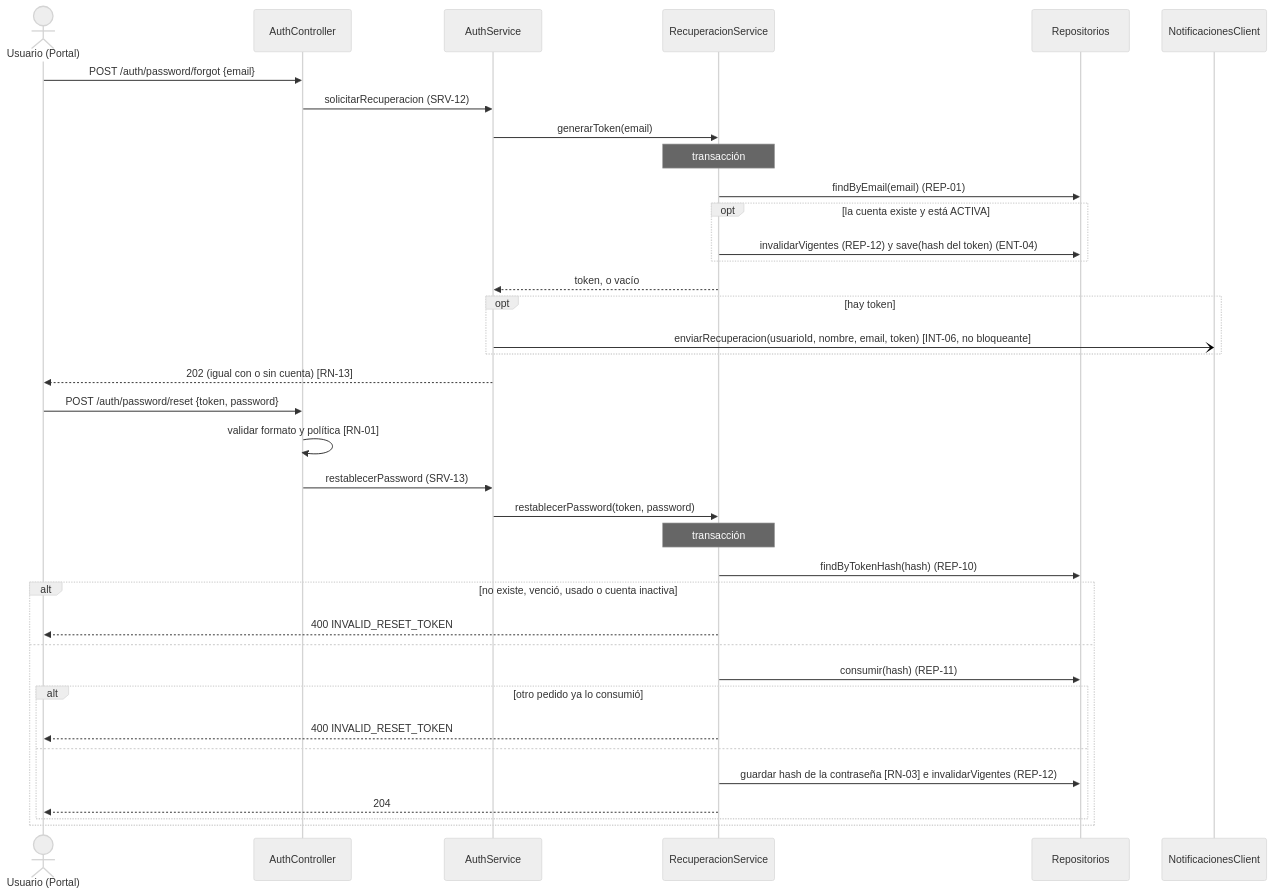
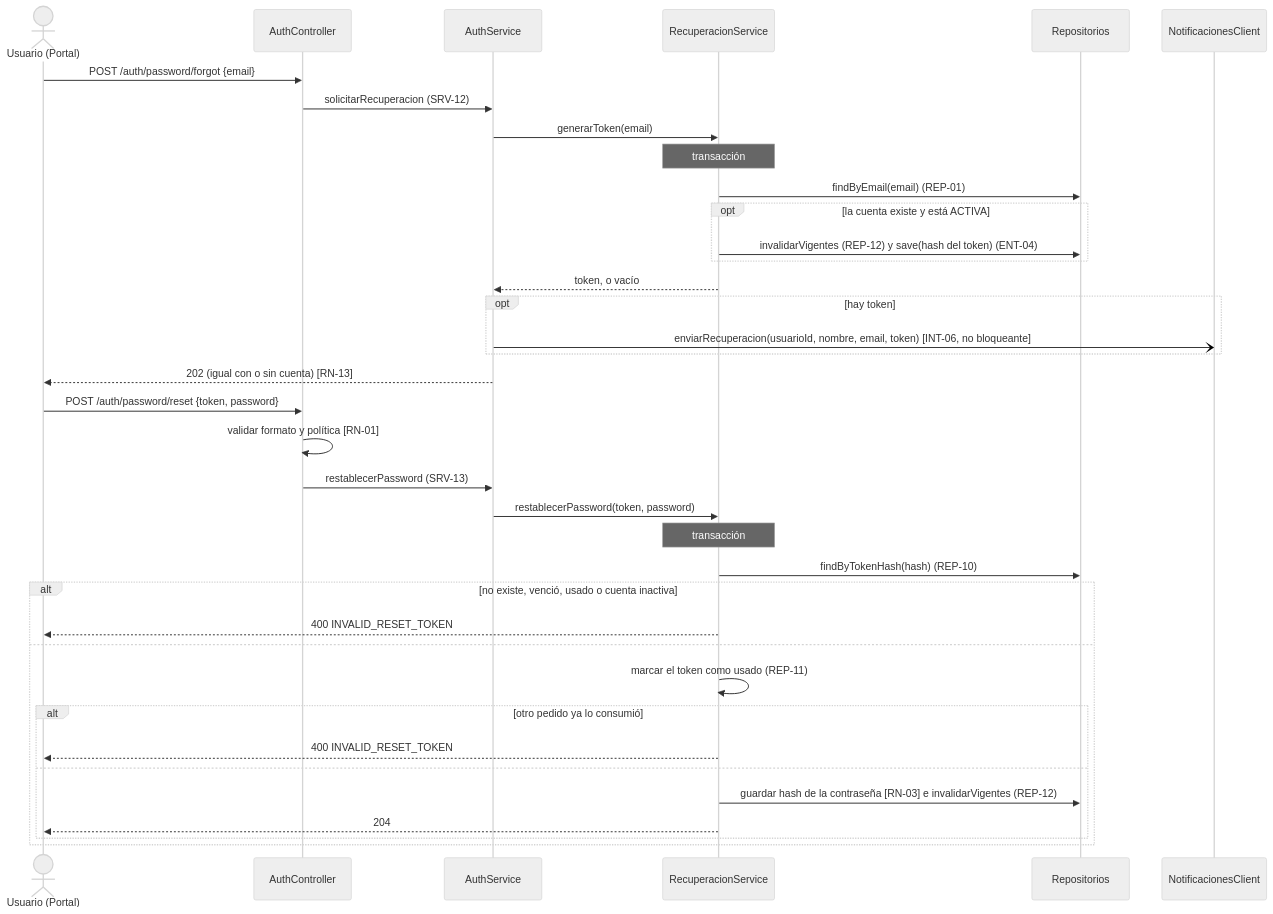
Before and after one commit to CarlaGorgal2002/deliverygo-usuarios-auth: the second of 4 diagrams in doc/openapi/DISENO_CU_EVOLUCION.md, drawn with Mermaid (neutral theme). The commit also changed other lines of this file and 22 other files, not shown here.

````diff
--- a/doc/openapi/DISENO_CU_EVOLUCION.md
+++ b/doc/openapi/DISENO_CU_EVOLUCION.md
@@ -221,39 +221,39 @@
 ```mermaid
 sequenceDiagram
     actor U as Usuario (Portal)
     participant C as AuthController
     participant S as AuthService
     participant RS as RecuperacionService
     participant R as Repositorios
     participant N as NotificacionesClient
     U->>C: POST /auth/password/forgot {email}
     C->>S: solicitarRecuperacion (SRV-12)
     S->>RS: generarToken(email)
     Note over RS: transacción
     RS->>R: findByEmail(email) (REP-01)
     opt la cuenta existe y está ACTIVA
         RS->>R: invalidarVigentes (REP-12) y save(hash del token) (ENT-04)
     end
     RS-->>S: token, o vacío
     opt hay token
         S-)N: enviarRecuperacion(usuarioId, nombre, email, token) [INT-06, no bloqueante]
     end
     S-->>U: 202 (igual con o sin cuenta) [RN-13]
     U->>C: POST /auth/password/reset {token, password}
     C->>C: validar formato y política [RN-01]
     C->>S: restablecerPassword (SRV-13)
     S->>RS: restablecerPassword(token, password)
     Note over RS: transacción
     RS->>R: findByTokenHash(hash) (REP-10)
     alt no existe, venció, usado o cuenta inactiva
         RS-->>U: 400 INVALID_RESET_TOKEN
     else
-        RS->>R: consumir(hash) (REP-11)
+        RS->>RS: marcar el token como usado (REP-11)
         alt otro pedido ya lo consumió
             RS-->>U: 400 INVALID_RESET_TOKEN
         else
             RS->>R: guardar hash de la contraseña [RN-03] e invalidarVigentes (REP-12)
             RS-->>U: 204
         end
     end
 ```
````
